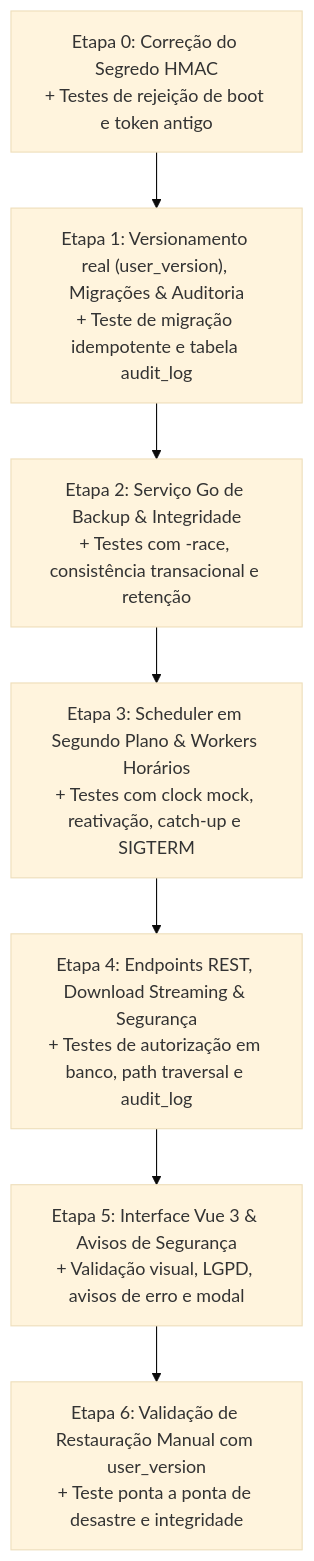
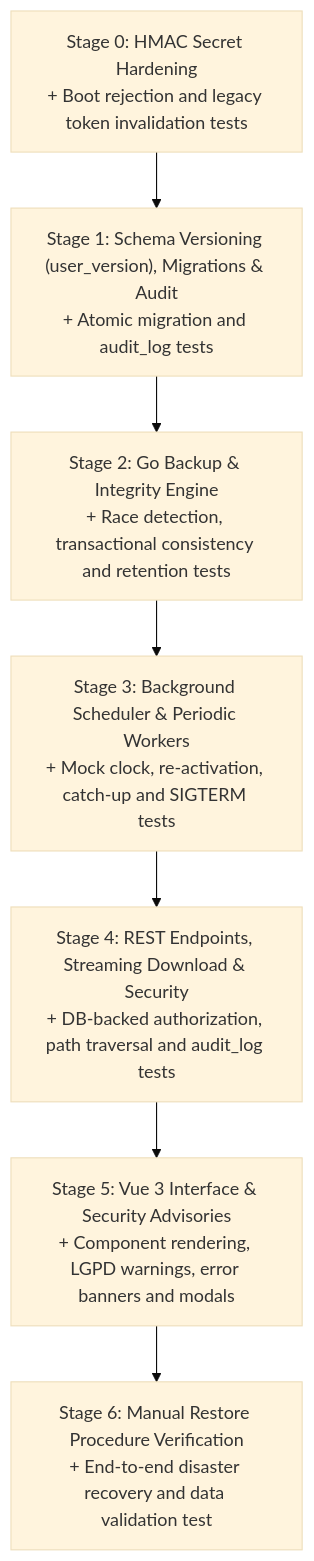
One commit to jvfigueiro/optimanager changed the diagram in docs/backup-plan.md. Above: the diagram before and after it, drawn with Mermaid (base theme). The commit also changed other lines of this file and 15 other files, not shown here.

````diff
--- a/docs/backup-plan.md
+++ b/docs/backup-plan.md
@@ -258,9 +259,9 @@
 ```mermaid
 flowchart TD
-    E0["Etapa 0: Correção do Segredo HMAC\n+ Testes de rejeição de boot e token antigo"] --> E1["Etapa 1: Versionamento real (user_version), Migrações & Auditoria\n+ Teste de migração idempotente e tabela audit_log"]
-    E1 --> E2["Etapa 2: Serviço Go de Backup & Integridade\n+ Testes com -race, consistência transacional e retenção"]
-    E2 --> E3["Etapa 3: Scheduler em Segundo Plano & Workers Horários\n+ Testes com clock mock, reativação, catch-up e SIGTERM"]
-    E3 --> E4["Etapa 4: Endpoints REST, Download Streaming & Segurança\n+ Testes de autorização em banco, path traversal e audit_log"]
-    E4 --> E5["Etapa 5: Interface Vue 3 & Avisos de Segurança\n+ Validação visual, LGPD, avisos de erro e modal"]
-    E5 --> E6["Etapa 6: Validação de Restauração Manual com user_version\n+ Teste ponta a ponta de desastre e integridade"]
+    E0["Stage 0: HMAC Secret Hardening\n+ Boot rejection and legacy token invalidation tests"] --> E1["Stage 1: Schema Versioning (user_version), Migrations & Audit\n+ Atomic migration and audit_log tests"]
+    E1 --> E2["Stage 2: Go Backup & Integrity Engine\n+ Race detection, transactional consistency and retention tests"]
+    E2 --> E3["Stage 3: Background Scheduler & Periodic Workers\n+ Mock clock, re-activation, catch-up and SIGTERM tests"]
+    E3 --> E4["Stage 4: REST Endpoints, Streaming Download & Security\n+ DB-backed authorization, path traversal and audit_log tests"]
+    E4 --> E5["Stage 5: Vue 3 Interface & Security Advisories\n+ Component rendering, LGPD warnings, error banners and modals"]
+    E5 --> E6["Stage 6: Manual Restore Procedure Verification\n+ End-to-end disaster recovery and data validation test"]
 ```
````
